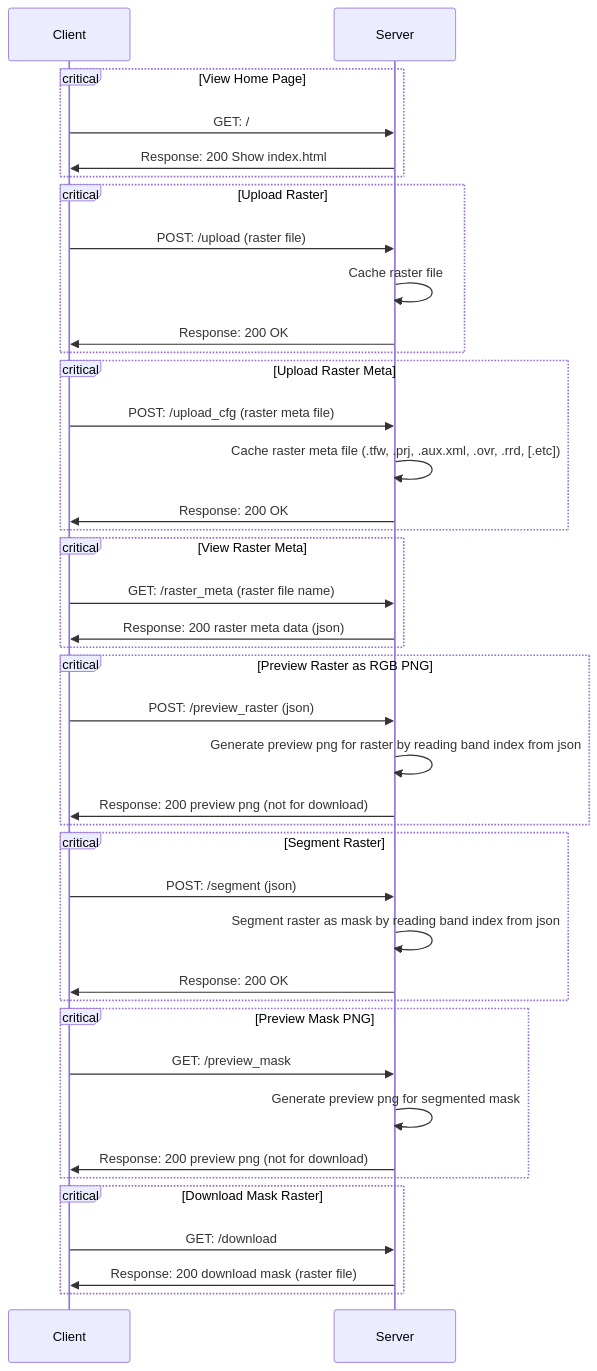
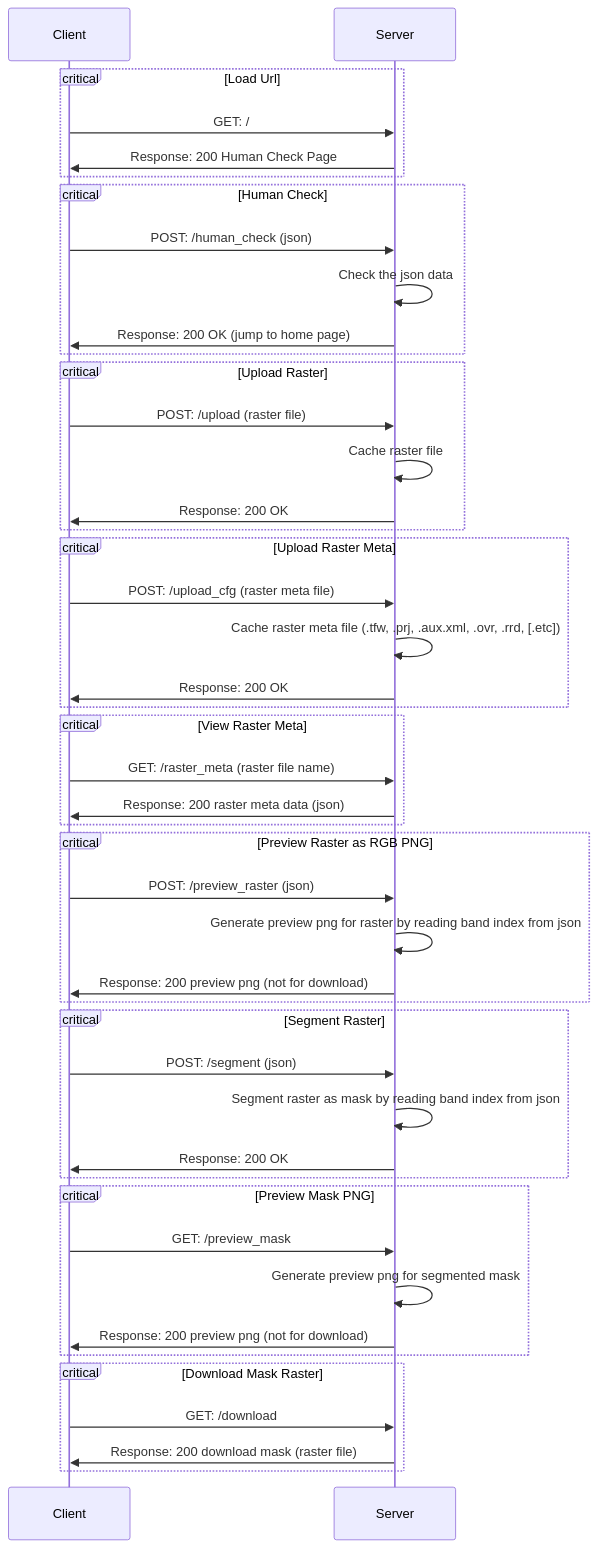
Before and after one commit to Jaffe2718/seg-any-remote-sensing: the diagram in DEV.md, drawn with Mermaid. The commit also changed other lines of this file and 14 other files, not shown here.

Commit message:
Jaffe2718: supports concurrency, multi client transaction processing, and human-machine detection.

````diff
--- a/DEV.md
+++ b/DEV.md
@@ -10,50 +10,56 @@
 ```mermaid
 sequenceDiagram
     participant Client
     participant Server
     
-    critical View Home Page
+    critical Load Url
         Client->>Server: GET: /
-        Server->>Client: Response: 200 Show index.html
+        Server->>Client: Response: 200 Human Check Page
+    end
+    
+    critical Human Check
+        Client->>Server: POST: /human_check (json)
+        Server->>Server: Check the json data
+        Server->>Client: Response: 200 OK (jump to home page)
     end
     
     critical Upload Raster
         Client->>Server: POST: /upload (raster file)
         Server->>Server: Cache raster file
         Server->>Client: Response: 200 OK
     end
     
     critical Upload Raster Meta
         Client->>Server: POST: /upload_cfg (raster meta file)
         Server->>Server: Cache raster meta file (.tfw, .prj, .aux.xml, .ovr, .rrd, [.etc])
         Server->>Client: Response: 200 OK
     end
     
     critical View Raster Meta
         Client->>Server: GET: /raster_meta (raster file name)
         Server->>Client: Response: 200 raster meta data (json)
     end
 
     critical Preview Raster as RGB PNG
         Client->>Server: POST: /preview_raster (json)
         Server->>Server: Generate preview png for raster by reading band index from json
         Server->>Client: Response: 200 preview png (not for download)
     end
     
     critical Segment Raster
         Client->>Server: POST: /segment (json)
         Server->>Server: Segment raster as mask by reading band index from json
         Server->>Client: Response: 200 OK
     end
     
     critical Preview Mask PNG
         Client->>Server: GET: /preview_mask
         Server->>Server: Generate preview png for segmented mask
         Server->>Client: Response: 200 preview png (not for download)
     end
     
     critical Download Mask Raster
         Client->>Server: GET: /download
         Server->>Client: Response: 200 download mask (raster file)
     end
 ```
````
